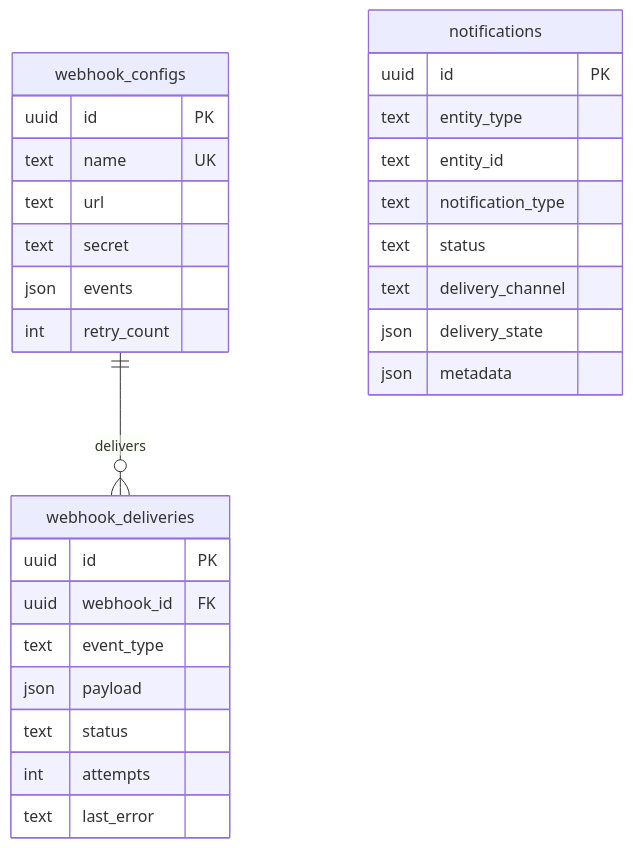
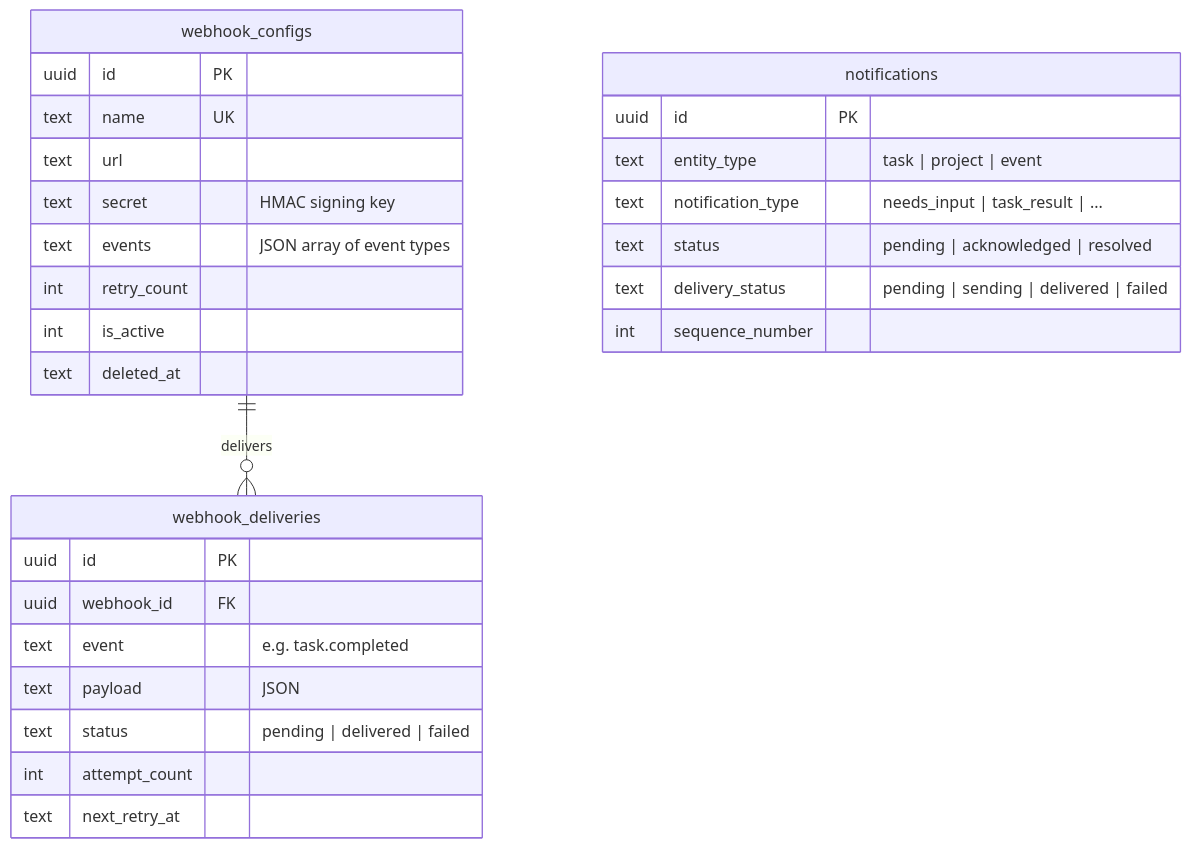
Before and after one commit to mike-crabcat/bob: the tenth of 10 diagrams in docs/datamodel.md, drawn with Mermaid. The commit also changed other lines of this file and 8 other files, not shown here.

````diff
--- a/docs/datamodel.md
+++ b/docs/datamodel.md
@@ -282,32 +639,32 @@
 ```mermaid
 erDiagram
     webhook_configs ||--o{ webhook_deliveries : "delivers"
 
     webhook_configs {
         uuid id PK
         text name UK
         text url
-        text secret
-        json events
+        text secret "HMAC signing key"
+        text events "JSON array of event types"
         int retry_count
+        int is_active
+        text deleted_at
     }
     webhook_deliveries {
         uuid id PK
         uuid webhook_id FK
-        text event_type
-        json payload
-        text status
-        int attempts
-        text last_error
+        text event "e.g. task.completed"
+        text payload "JSON"
+        text status "pending | delivered | failed"
+        int attempt_count
+        text next_retry_at
     }
     notifications {
         uuid id PK
-        text entity_type
-        text entity_id
-        text notification_type
-        text status
-        text delivery_channel
-        json delivery_state
-        json metadata
+        text entity_type "task | project | event"
+        text notification_type "needs_input | task_result | ..."
+        text status "pending | acknowledged | resolved"
+        text delivery_status "pending | sending | delivered | failed"
+        int sequence_number
     }
 ```
````
